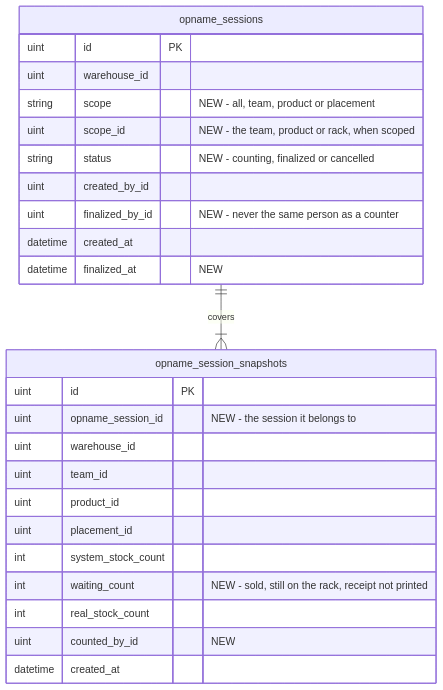
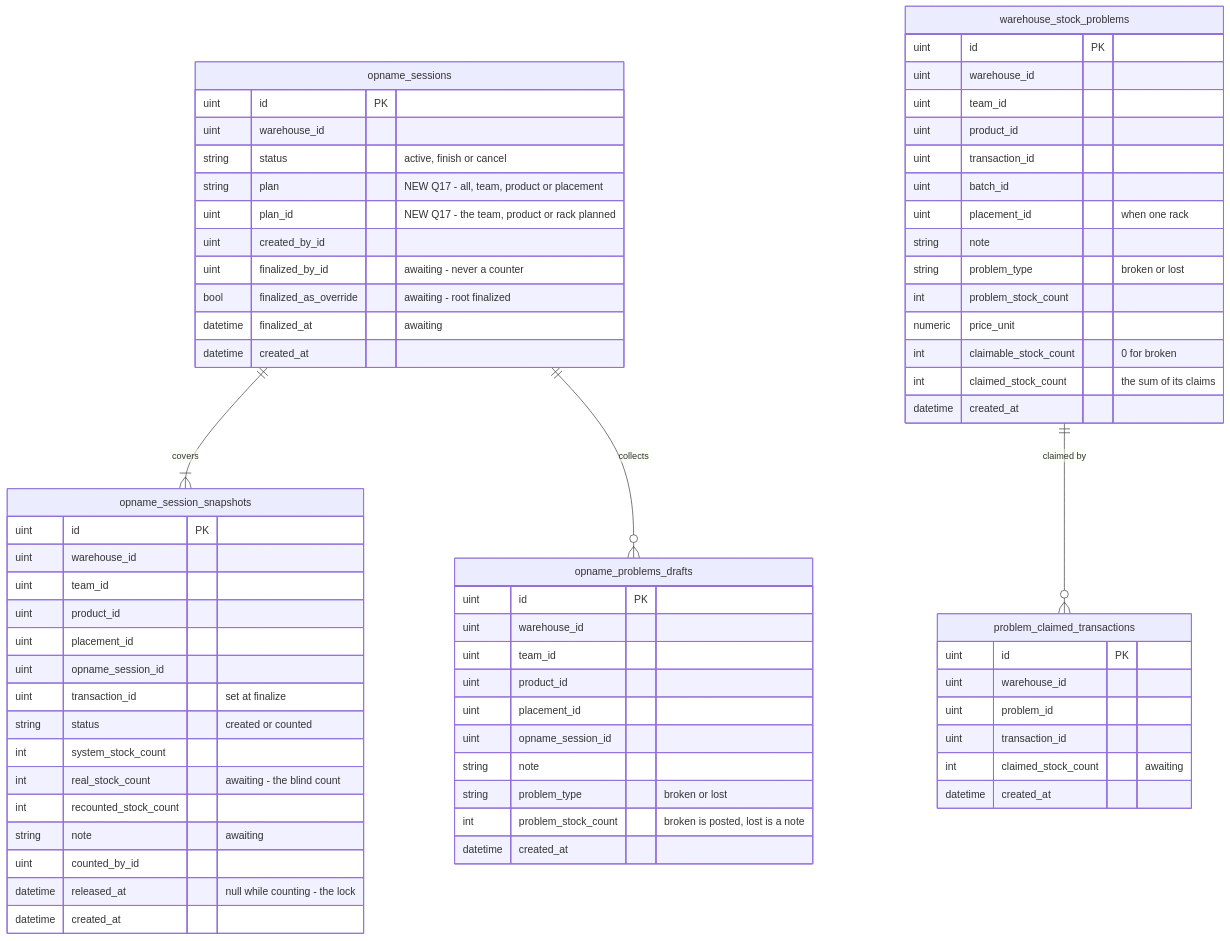
Before and after one commit to pdcgo/warehouse_revamp: the second of 3 diagrams in docs/business/inventory/opname_clarify.md, drawn with Mermaid. The commit also changed other lines of this file and 15 other files, not shown here.

````diff
--- a/docs/business/inventory/opname_clarify.md
+++ b/docs/business/inventory/opname_clarify.md
@@ -46,28 +136,71 @@
 ```mermaid
 erDiagram
   opname_sessions ||--|{ opname_session_snapshots : covers
+  opname_sessions ||--o{ opname_problems_drafts : collects
+  warehouse_stock_problems ||--o{ problem_claimed_transactions : "claimed by"
   opname_sessions {
     uint id PK
     uint warehouse_id
-    string scope "NEW - all, team, product or placement"
-    uint scope_id "NEW - the team, product or rack, when scoped"
-    string status "NEW - counting, finalized or cancelled"
+    string status "active, finish or cancel"
+    string plan "NEW Q17 - all, team, product or placement"
+    uint plan_id "NEW Q17 - the team, product or rack planned"
     uint created_by_id
-    uint finalized_by_id "NEW - never the same person as a counter"
+    uint finalized_by_id "awaiting - never a counter"
+    bool finalized_as_override "awaiting - root finalized"
+    datetime finalized_at "awaiting"
     datetime created_at
-    datetime finalized_at "NEW"
   }
   opname_session_snapshots {
     uint id PK
-    uint opname_session_id "NEW - the session it belongs to"
     uint warehouse_id
     uint team_id
     uint product_id
     uint placement_id
+    uint opname_session_id
+    uint transaction_id "set at finalize"
+    string status "created or counted"
     int system_stock_count
-    int waiting_count "NEW - sold, still on the rack, receipt not printed"
-    int real_stock_count
-    uint counted_by_id "NEW"
+    int real_stock_count "awaiting - the blind count"
+    int recounted_stock_count
+    string note "awaiting"
+    uint counted_by_id
+    datetime released_at "null while counting - the lock"
+    datetime created_at
+  }
+  opname_problems_drafts {
+    uint id PK
+    uint warehouse_id
+    uint team_id
+    uint product_id
+    uint placement_id
+    uint opname_session_id
+    string note
+    string problem_type "broken or lost"
+    int problem_stock_count "broken is posted, lost is a note"
+    datetime created_at
+  }
+  warehouse_stock_problems {
+    uint id PK
+    uint warehouse_id
+    uint team_id
+    uint product_id
+    uint transaction_id
+    uint batch_id
+    uint placement_id "when one rack"
+    string note
+    string problem_type "broken or lost"
+    int problem_stock_count
+    numeric price_unit
+    int claimable_stock_count "0 for broken"
+    int claimed_stock_count "the sum of its claims"
+    datetime created_at
+  }
+  problem_claimed_transactions {
+    uint id PK
+    uint warehouse_id
+    uint problem_id
+    uint transaction_id
+    int claimed_stock_count "awaiting"
     datetime created_at
   }
 ```
````
